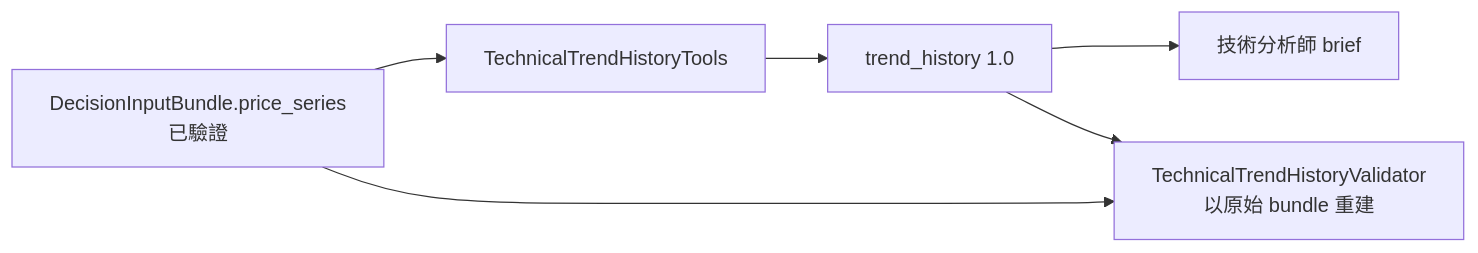
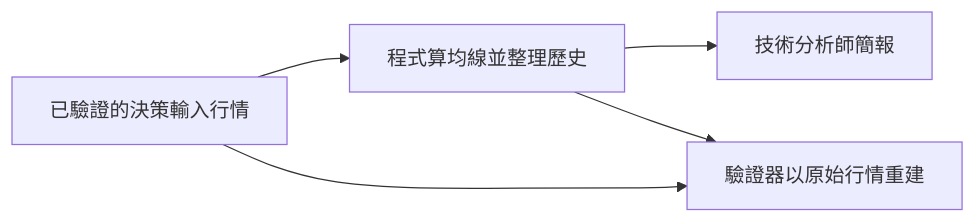
The diagram in docs/technical_trend_history.md (zxcvb8885123/ETF-AGENTS), drawn with Mermaid before and after one commit. The commit also changed other lines of this file and 7 other files, not shown here.

````diff
--- a/docs/technical_trend_history.md
+++ b/docs/technical_trend_history.md
@@ -14,8 +14,7 @@
 ```mermaid
 flowchart LR
-  A[DecisionInputBundle.price_series<br/>已驗證] --> B[TechnicalTrendHistoryTools]
-  B --> C[trend_history 1.0]
-  C --> D[技術分析師 brief]
-  A --> E[TechnicalTrendHistoryValidator<br/>以原始 bundle 重建]
-  C --> E
+  A[已驗證的決策輸入行情] --> B[程式算均線並整理歷史]
+  B --> C[技術分析師簡報]
+  A --> D[驗證器以原始行情重建]
+  B --> D
 ```
````
